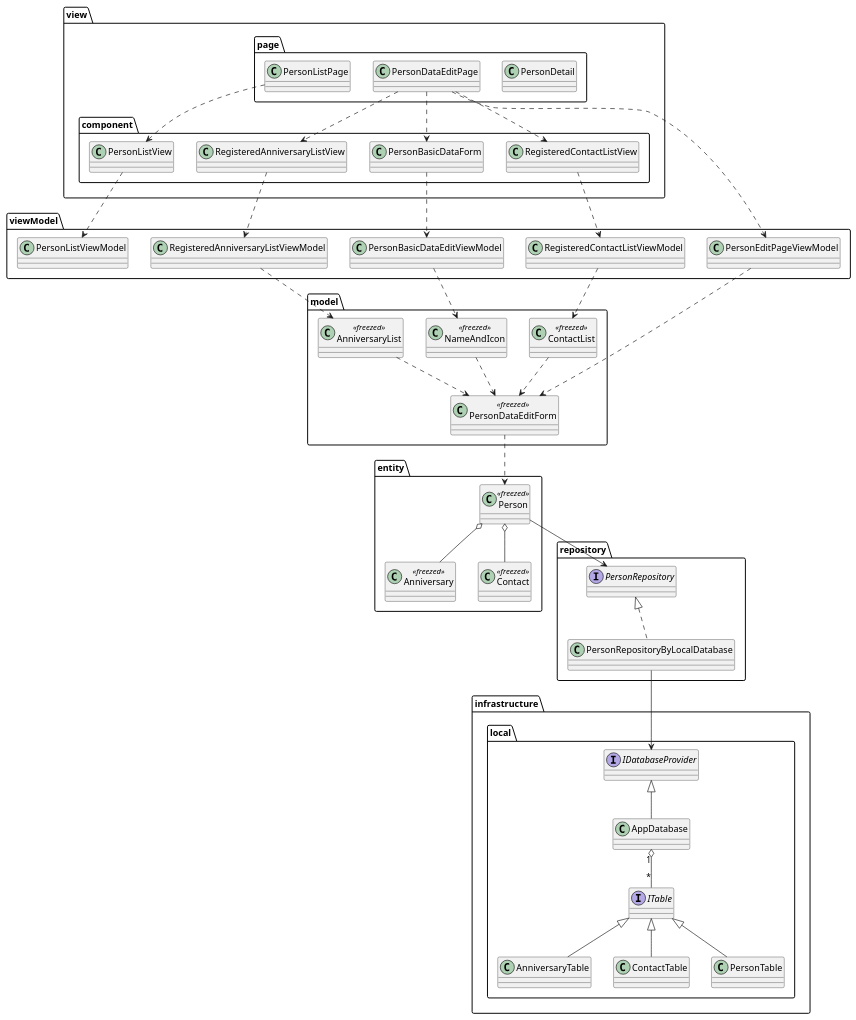
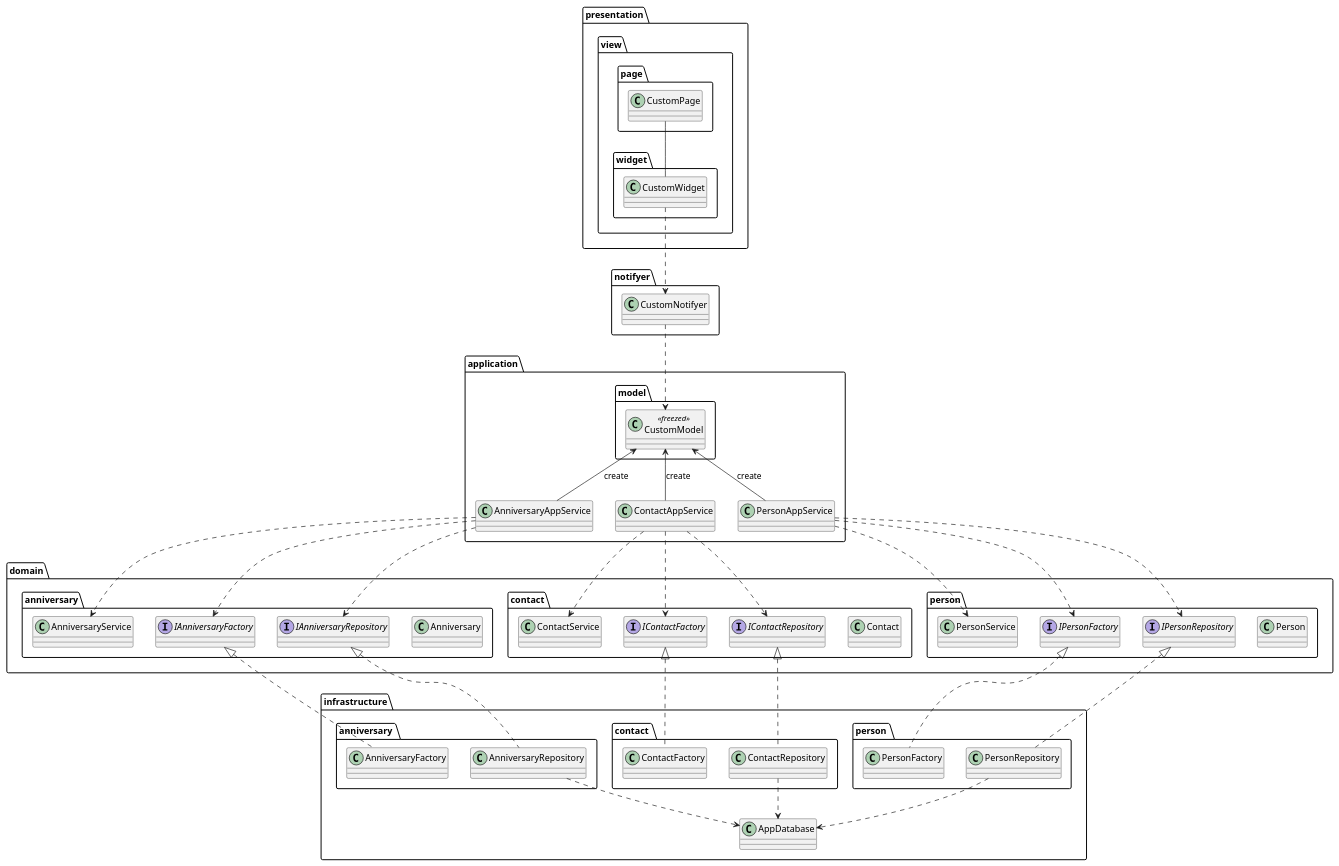
The diagram in uml/class_diagram.pu (nmskm240/friend_list), drawn with PlantUML before and after one commit. The commit also changed 77 other files, not shown here.

```diff
--- a/uml/class_diagram.pu
+++ b/uml/class_diagram.pu
@@ -1,93 +1,104 @@
 @startuml
 
-package view {
-    package page {
-        class PersonDetail
-        class PersonDataEditPage
-        class PersonListPage
-    }
-
-    package component {
-        class PersonListView
-        class PersonBasicDataForm
-        class RegisteredAnniversaryListView
-        class RegisteredContactListView
+package presentation {
+    package view {
+        package page {
+            class CustomPage
+        }
+        package widget {
+            class CustomWidget
+        }
     }
 }
 
-package viewModel {
-    class PersonListViewModel
-    class PersonBasicDataEditViewModel
-    class RegisteredAnniversaryListViewModel
-    class RegisteredContactListViewModel
-    class PersonEditPageViewModel
+package notifyer {
+    class CustomNotifyer
 }
 
-package model {
-    class PersonDataEditForm<<freezed>>
-    class NameAndIcon<<freezed>>
-    class AnniversaryList<<freezed>>
-    class ContactList<<freezed>>
+package application {
+    package model {
+        class CustomModel<<freezed>>
+    }
+    class AnniversaryAppService
+    class ContactAppService
+    class PersonAppService
 }
 
-
-package repository {
-    interface PersonRepository
-    class PersonRepositoryByLocalDatabase
-}
-
-package entity {
-    class Anniversary<<freezed>>
-    class Contact<<freezed>>
-    class Person<<freezed>>
+package domain {
+    package anniversary {
+        class Anniversary
+        class AnniversaryService
+        interface IAnniversaryFactory
+        interface IAnniversaryRepository
+    }
+    package contact {
+        class Contact
+        class ContactService
+        interface IContactFactory
+        interface IContactRepository
+    }
+    package person {
+        class Person
+        class PersonService
+        interface IPersonFactory
+        interface IPersonRepository
+    }
 }
 
 package infrastructure {
-    package local {
-        class AnniversaryTable
-        class AppDatabase
-        class ContactTable
-        class PersonTable
-        interface IDatabaseProvider
-        interface ITable
+    package "anniversary " {
+        class AnniversaryFactory
+        class AnniversaryRepository
     }
+    package "contact " {
+        class ContactFactory
+        class ContactRepository
+    }
+    package "person " {
+        class PersonFactory
+        class PersonRepository
+    }
+    class AppDatabase
 }
 
-PersonListPage ..> PersonListView
-PersonDataEditPage ..> PersonBasicDataForm
-PersonDataEditPage ..> RegisteredAnniversaryListView
-PersonDataEditPage ..> RegisteredContactListView
+' view
+CustomPage -- CustomWidget
 
-PersonListView ..> PersonListViewModel
-PersonDataEditPage ..> PersonEditPageViewModel
-PersonBasicDataForm ..> PersonBasicDataEditViewModel
-RegisteredAnniversaryListView ..> RegisteredAnniversaryListViewModel
-RegisteredContactListView ..> RegisteredContactListViewModel
+' view - notifyer
+CustomWidget ..> CustomNotifyer
 
-PersonEditPageViewModel ..> PersonDataEditForm
-PersonBasicDataEditViewModel ..> NameAndIcon
-RegisteredAnniversaryListViewModel ..> AnniversaryList
-RegisteredContactListViewModel ..> ContactList
+' notifyer - application
+CustomNotifyer ..> CustomModel
 
-NameAndIcon ..> PersonDataEditForm
-AnniversaryList ..> PersonDataEditForm
-ContactList ..> PersonDataEditForm
+' application
+CustomModel <-- AnniversaryAppService : create
+CustomModel <-- ContactAppService : create
+CustomModel <-- PersonAppService : create
 
-PersonDataEditForm ..> Person
+' application - domain
+AnniversaryAppService ..> AnniversaryService
+AnniversaryAppService ..> IAnniversaryFactory
+AnniversaryAppService ..> IAnniversaryRepository
+ContactAppService ..> ContactService
+ContactAppService ..> IContactFactory
+ContactAppService ..> IContactRepository
+PersonAppService ..> PersonService
+PersonAppService ..> IPersonFactory
+PersonAppService ..> IPersonRepository
 
-Person o-- Anniversary
-Person o-- Contact
+' domain
 
-Person --> PersonRepository
+' domain - infrastructure
+IAnniversaryRepository <|.. AnniversaryRepository
+IAnniversaryFactory <|.. AnniversaryFactory
+IContactRepository <|.. ContactRepository
+IContactFactory <|.. ContactFactory
+IPersonRepository <|.. PersonRepository
+IPersonFactory <|.. PersonFactory
 
-PersonRepository <|.. PersonRepositoryByLocalDatabase
-
-PersonRepositoryByLocalDatabase --> IDatabaseProvider
-
-ITable <|-- AnniversaryTable
-ITable <|-- ContactTable
-ITable <|-- PersonTable
-AppDatabase "1" o-- "*" ITable
-IDatabaseProvider <|-- AppDatabase
+' infrastructure
+AnniversaryRepository ..> AppDatabase
+ContactRepository ..> AppDatabase
+PersonRepository ..> AppDatabase
 
 @enduml
```
